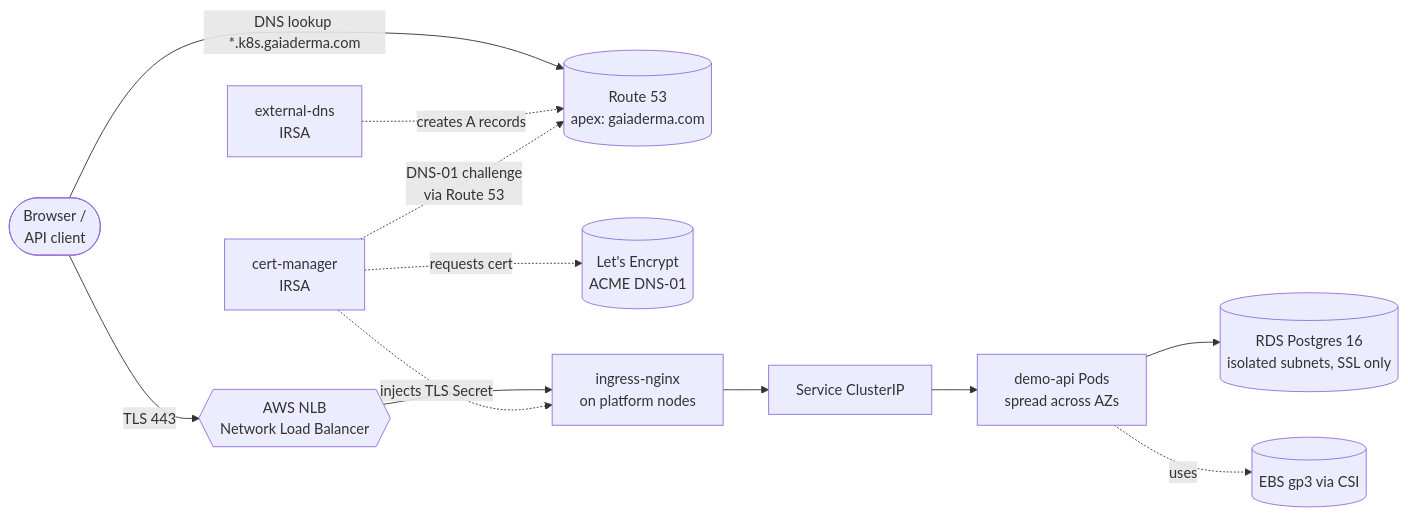
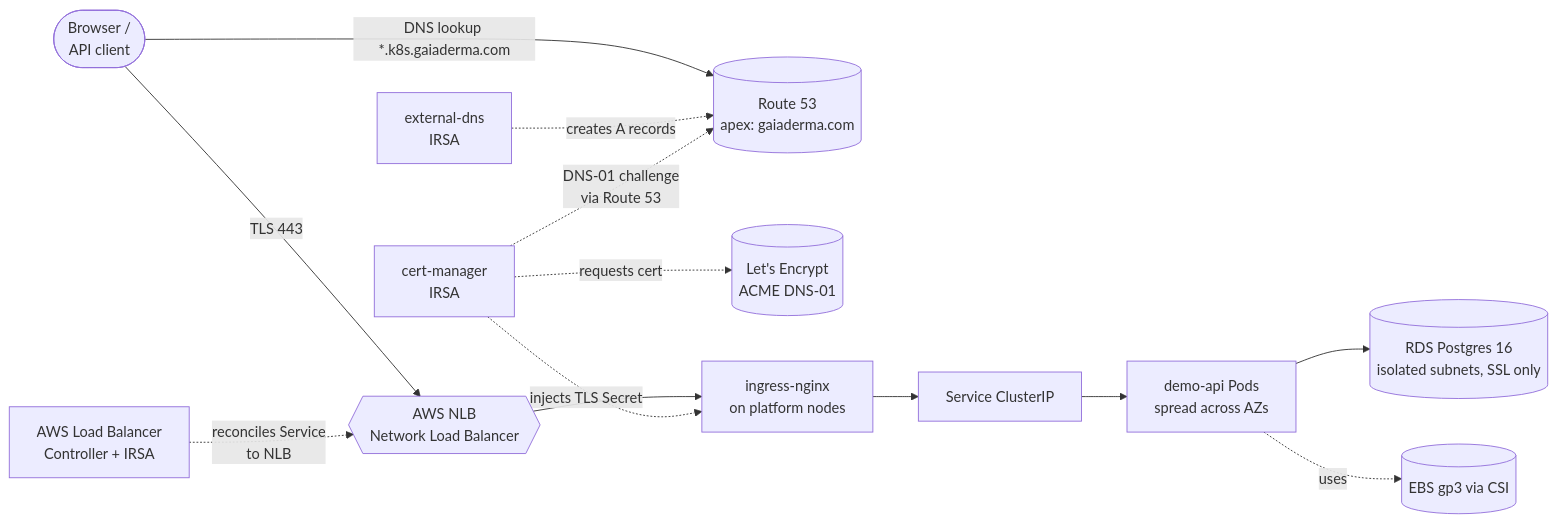
The first of 4 diagrams in docs/architecture.md (vaskosmihaylov/k8s-aws-platform), drawn with Mermaid before and after one commit. The commit also changed other lines of this file and 31 other files, not shown here.

````diff
--- a/docs/architecture.md
+++ b/docs/architecture.md
@@ -19,27 +25,29 @@
 ```mermaid
 flowchart LR
     user([Browser /<br/>API client])
     dns[(Route 53<br/>apex: gaiaderma.com)]
     extdns[external-dns<br/>IRSA]
+    lbc[AWS Load Balancer<br/>Controller + IRSA]
     cm[cert-manager<br/>IRSA]
     le[(Let's Encrypt<br/>ACME DNS-01)]
     nlb{{AWS NLB<br/>Network Load Balancer}}
     ingress[ingress-nginx<br/>on platform nodes]
     svc[Service ClusterIP]
     pods[demo-api Pods<br/>spread across AZs]
     rds[(RDS Postgres 16<br/>isolated subnets, SSL only)]
     ebs[(EBS gp3 via CSI)]
 
     user -->|"DNS lookup *.k8s.gaiaderma.com"| dns
     user -->|TLS 443| nlb
     nlb --> ingress
     ingress --> svc
     svc --> pods
     pods --> rds
     pods -.uses.-> ebs
 
     extdns -.creates A records.-> dns
+    lbc -.reconciles Service<br/>to NLB.-> nlb
     cm -.DNS-01 challenge<br/>via Route 53.-> dns
     cm -.requests cert.-> le
     cm -.injects TLS Secret.-> ingress
 ```
````
